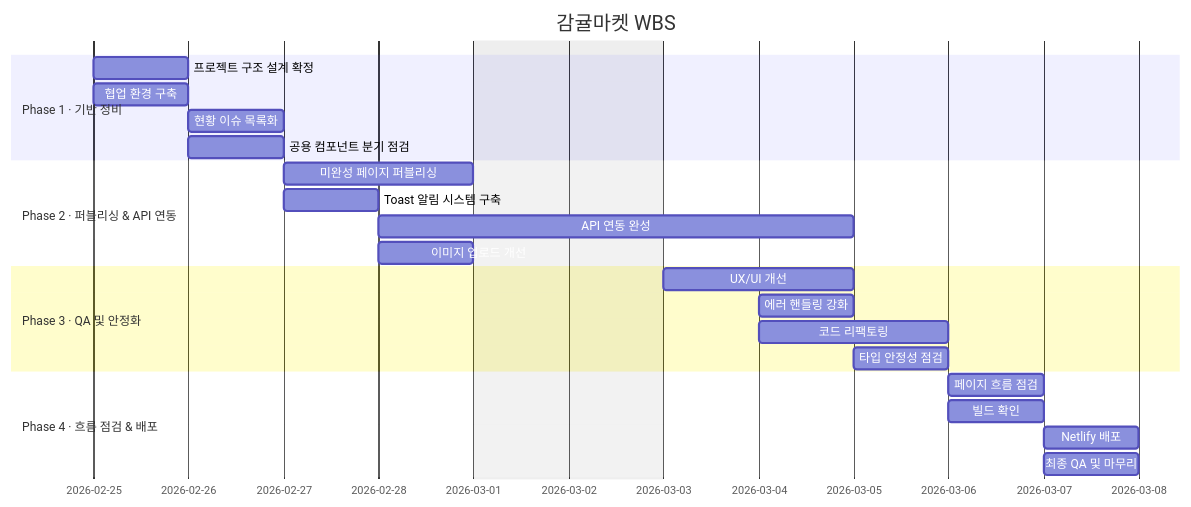
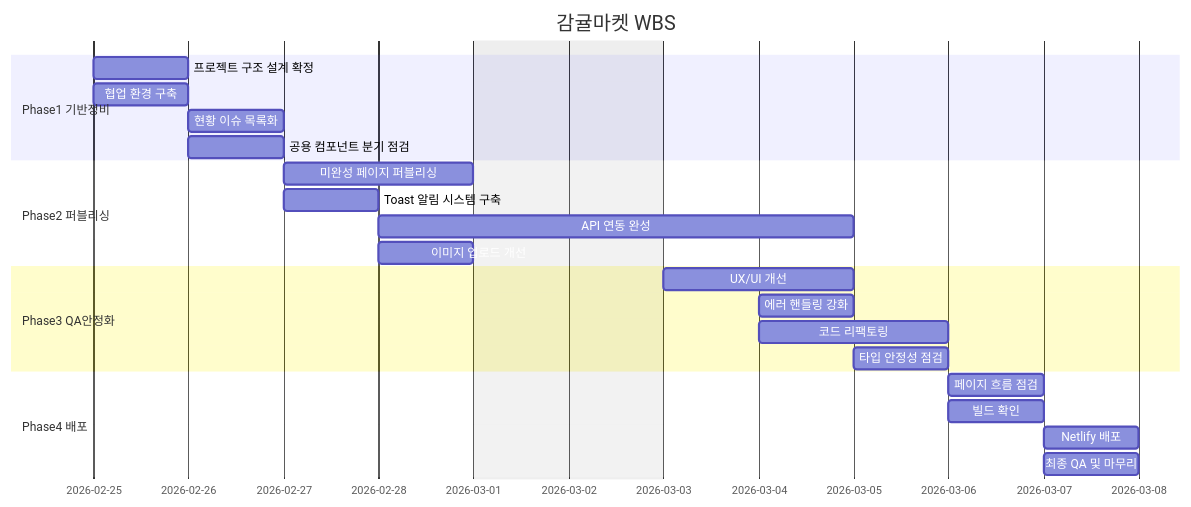
The diagram in README.md (OrangeSNS/gamgyul-market), drawn with Mermaid before and after one commit. The commit also changed other lines of this file, not shown here.

Commit message:
docs: update README (mermaid diagram and ts/tsx file rules)

````diff
--- a/README.md
+++ b/README.md
@@ -230,30 +242,30 @@
 ```mermaid
 gantt
     title 감귤마켓 WBS
     dateFormat YYYY-MM-DD
     excludes 2026-03-01, 2026-03-02
 
-    section Phase 1 · 기반 정비
-    프로젝트 구조 설계 확정        :p1-1, 2026-02-25, 1d
-    협업 환경 구축                 :p1-2, 2026-02-25, 1d
-    현황 이슈 목록화               :p1-3, 2026-02-26, 1d
-    공용 컴포넌트 분기 점검        :p1-4, 2026-02-26, 1d
+    section Phase1 기반정비
+    프로젝트 구조 설계 확정   :p1-1, 2026-02-25, 1d
+    협업 환경 구축            :p1-2, 2026-02-25, 1d
+    현황 이슈 목록화          :p1-3, 2026-02-26, 1d
+    공용 컴포넌트 분기 점검   :p1-4, 2026-02-26, 1d
 
-    section Phase 2 · 퍼블리싱 & API 연동
-    미완성 페이지 퍼블리싱         :p2-1, 2026-02-27, 2d
-    Toast 알림 시스템 구축         :p2-2, 2026-02-27, 1d
-    API 연동 완성                  :p2-3, 2026-02-28, 3d
-    이미지 업로드 개선             :p2-4, 2026-02-28, 1d
+    section Phase2 퍼블리싱
+    미완성 페이지 퍼블리싱    :p2-1, 2026-02-27, 2d
+    Toast 알림 시스템 구축    :p2-2, 2026-02-27, 1d
+    API 연동 완성             :p2-3, 2026-02-28, 3d
+    이미지 업로드 개선        :p2-4, 2026-02-28, 1d
 
-    section Phase 3 · QA 및 안정화
-    UX/UI 개선                     :p3-1, 2026-03-03, 2d
-    에러 핸들링 강화               :p3-2, 2026-03-04, 1d
-    코드 리팩토링                  :p3-3, 2026-03-04, 2d
-    타입 안정성 점검               :p3-4, 2026-03-05, 1d
+    section Phase3 QA안정화
+    UX/UI 개선                :p3-1, 2026-03-03, 2d
+    에러 핸들링 강화          :p3-2, 2026-03-04, 1d
+    코드 리팩토링             :p3-3, 2026-03-04, 2d
+    타입 안정성 점검          :p3-4, 2026-03-05, 1d
 
-    section Phase 4 · 흐름 점검 & 배포
-    페이지 흐름 점검               :p4-1, 2026-03-06, 1d
-    빌드 확인                      :p4-2, 2026-03-06, 1d
-    Netlify 배포                   :p4-3, 2026-03-07, 1d
-    최종 QA 및 마무리              :p4-4, 2026-03-07, 1d
+    section Phase4 배포
+    페이지 흐름 점검          :p4-1, 2026-03-06, 1d
+    빌드 확인                 :p4-2, 2026-03-06, 1d
+    Netlify 배포              :p4-3, 2026-03-07, 1d
+    최종 QA 및 마무리         :p4-4, 2026-03-07, 1d
 ```
````
